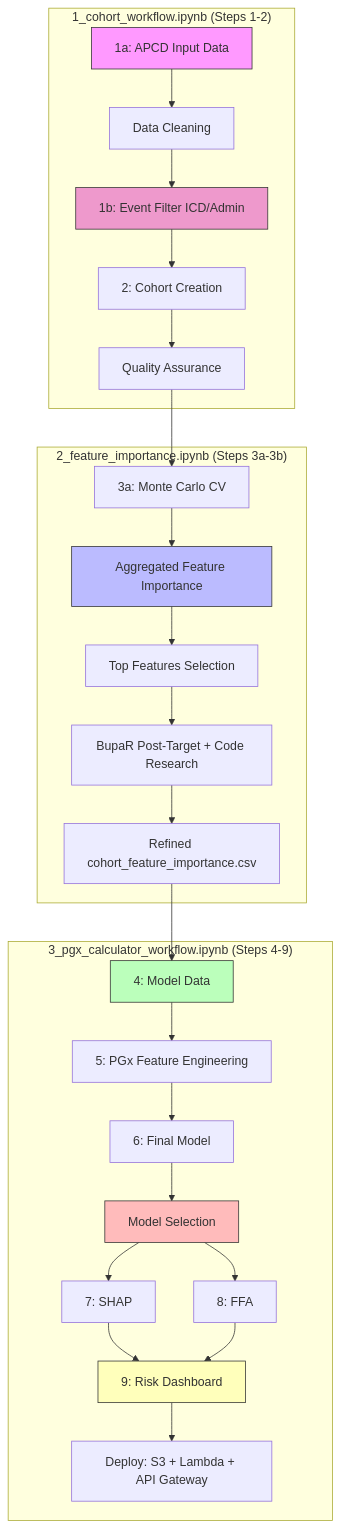
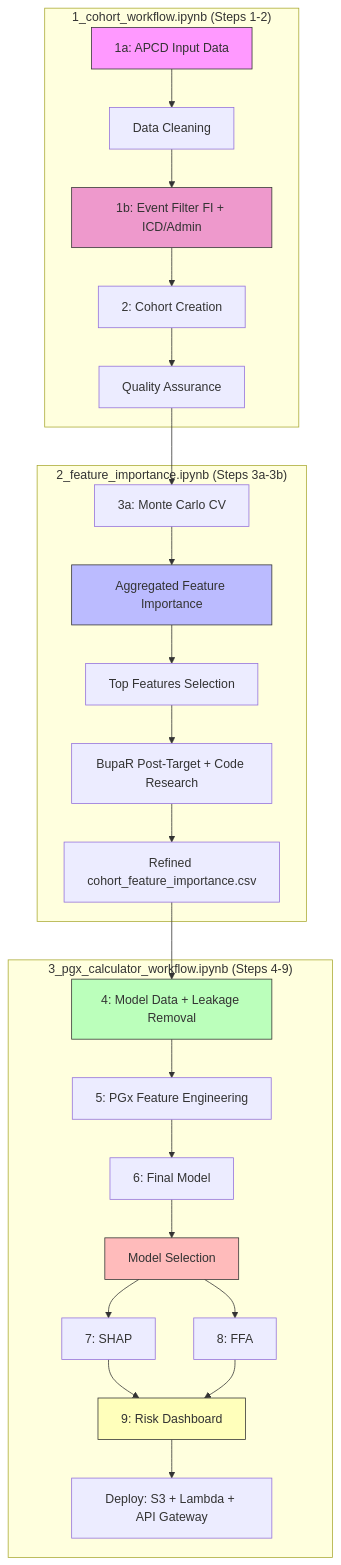
The diagram in docs/README_analysis_workflow.md (Jerome3590/pgx-analysis), drawn with Mermaid before and after one commit. The commit also changed other lines of this file and 12 other files, not shown here.

First line of the commit message:
Linear flow: remove target leakage in Step 4; update READMEs and mermaid

````diff
--- a/docs/README_analysis_workflow.md
+++ b/docs/README_analysis_workflow.md
@@ -240,36 +241,36 @@
 ```mermaid
 flowchart TD
     subgraph W1["1_cohort_workflow.ipynb (Steps 1-2)"]
         A1[1a: APCD Input Data] --> A2[Data Cleaning]
-        A2 --> A1b[1b: Event Filter ICD/Admin]
+        A2 --> A1b[1b: Event Filter FI + ICD/Admin]
         A1b --> A3[2: Cohort Creation]
         A3 --> A4[Quality Assurance]
     end
 
     subgraph W2["2_feature_importance.ipynb (Steps 3a-3b)"]
         A4 --> B1[3a: Monte Carlo CV]
         B1 --> B2[Aggregated Feature Importance]
         B2 --> B3[Top Features Selection]
         B3 --> B4[BupaR Post-Target + Code Research]
         B4 --> B6[Refined cohort_feature_importance.csv]
     end
 
     subgraph W3["3_pgx_calculator_workflow.ipynb (Steps 4-9)"]
-        B6 --> C1[4: Model Data]
+        B6 --> C1[4: Model Data + Leakage Removal]
         C1 --> D1[5: PGx Feature Engineering]
         D1 --> E1[6: Final Model]
         E1 --> E4[Model Selection]
         E4 --> F1[7: SHAP]
         E4 --> F2[8: FFA]
         F1 --> G1[9: Risk Dashboard]
         F2 --> G1
         G1 --> G5[Deploy: S3 + Lambda + API Gateway]
     end
 
     style A1 fill:#f9f,stroke:#333
     style A1b fill:#e9c,stroke:#333
     style B2 fill:#bbf,stroke:#333
     style C1 fill:#bfb,stroke:#333
     style E4 fill:#fbb,stroke:#333
     style G1 fill:#ffb,stroke:#333
 ```
````
